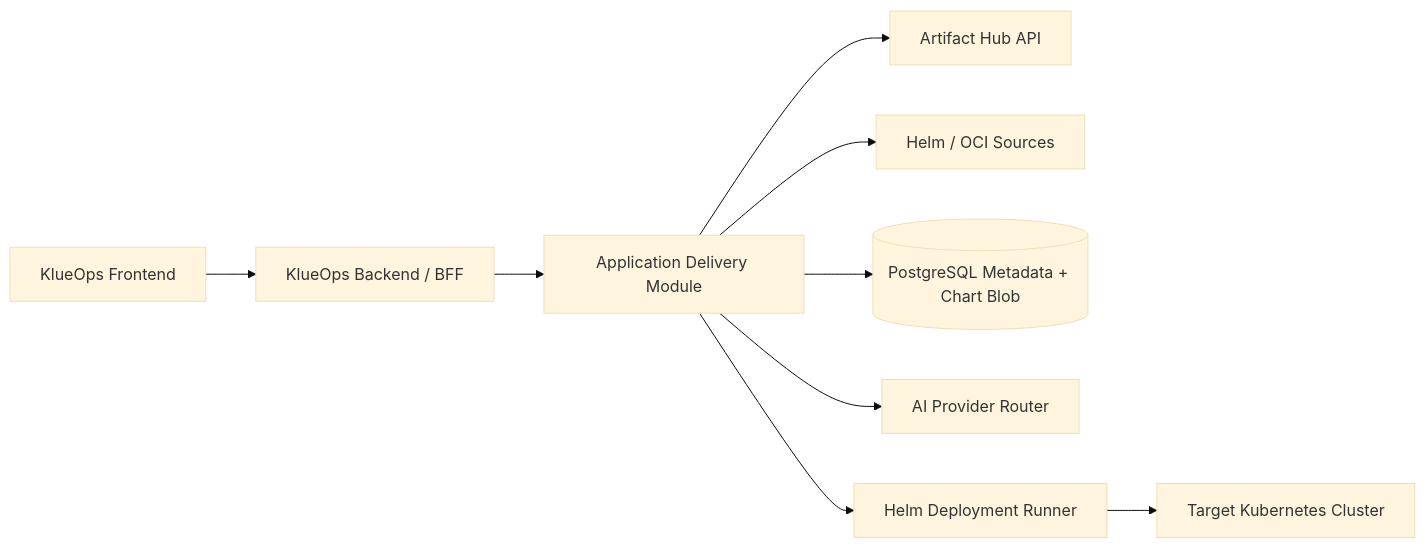
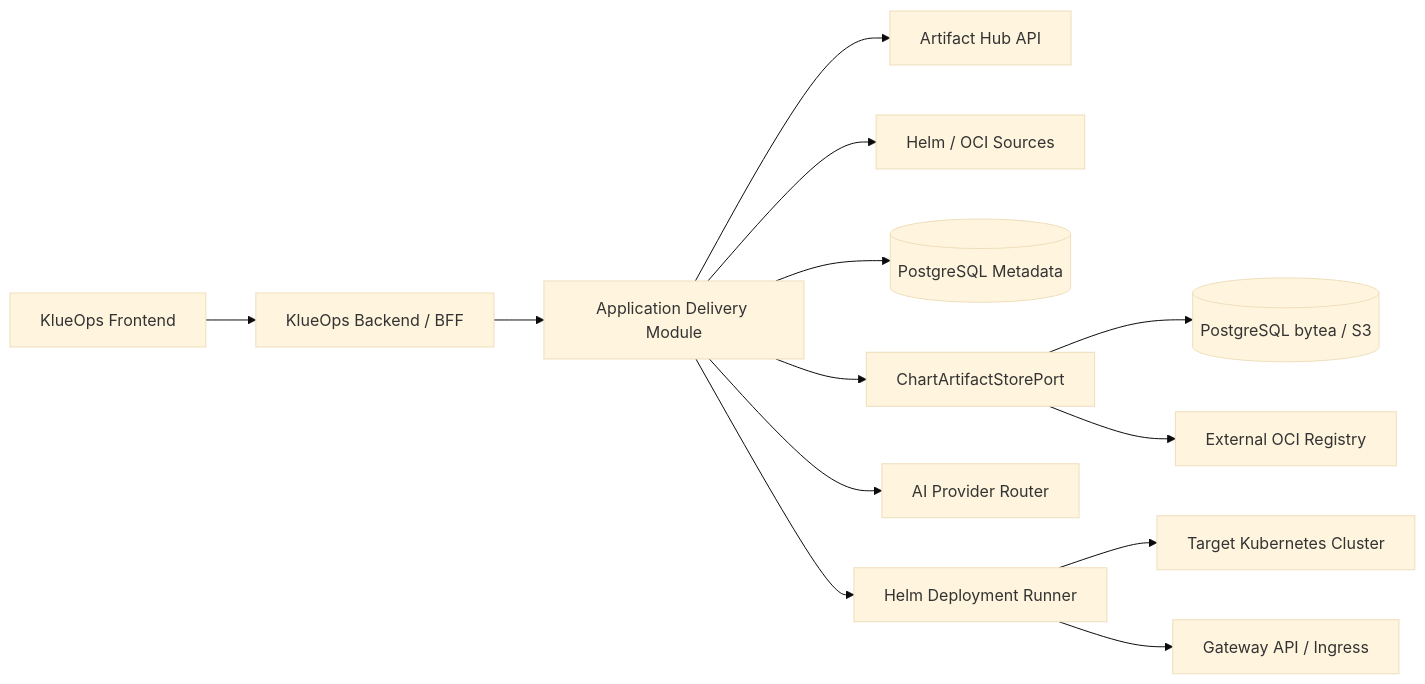
The first of 2 diagrams in docs/phase-2/application-delivery/architecture-design.md (JaeYounkim0w0/klueops), drawn with Mermaid (base theme) before and after one commit. The commit also changed other lines of this file and 23 other files, not shown here.

````diff
--- a/docs/phase-2/application-delivery/architecture-design.md
+++ b/docs/phase-2/application-delivery/architecture-design.md
@@ -17,11 +17,15 @@
 ```mermaid
 flowchart LR
     Browser[KlueOps Frontend] --> BFF[KlueOps Backend / BFF]
     BFF --> Delivery[Application Delivery Module]
     Delivery --> AH[Artifact Hub API]
     Delivery --> Sources[Helm / OCI Sources]
-    Delivery --> DB[(PostgreSQL Metadata + Chart Blob)]
+    Delivery --> DB[(PostgreSQL Metadata)]
+    Delivery --> Artifacts[ChartArtifactStorePort]
+    Artifacts --> Blob[(PostgreSQL bytea / S3)]
+    Artifacts --> Registry[External OCI Registry]
     Delivery --> AI[AI Provider Router]
     Delivery --> Runner[Helm Deployment Runner]
     Runner --> Cluster[Target Kubernetes Cluster]
+    Runner --> Gateway[Gateway API / Ingress]
 ```
````
